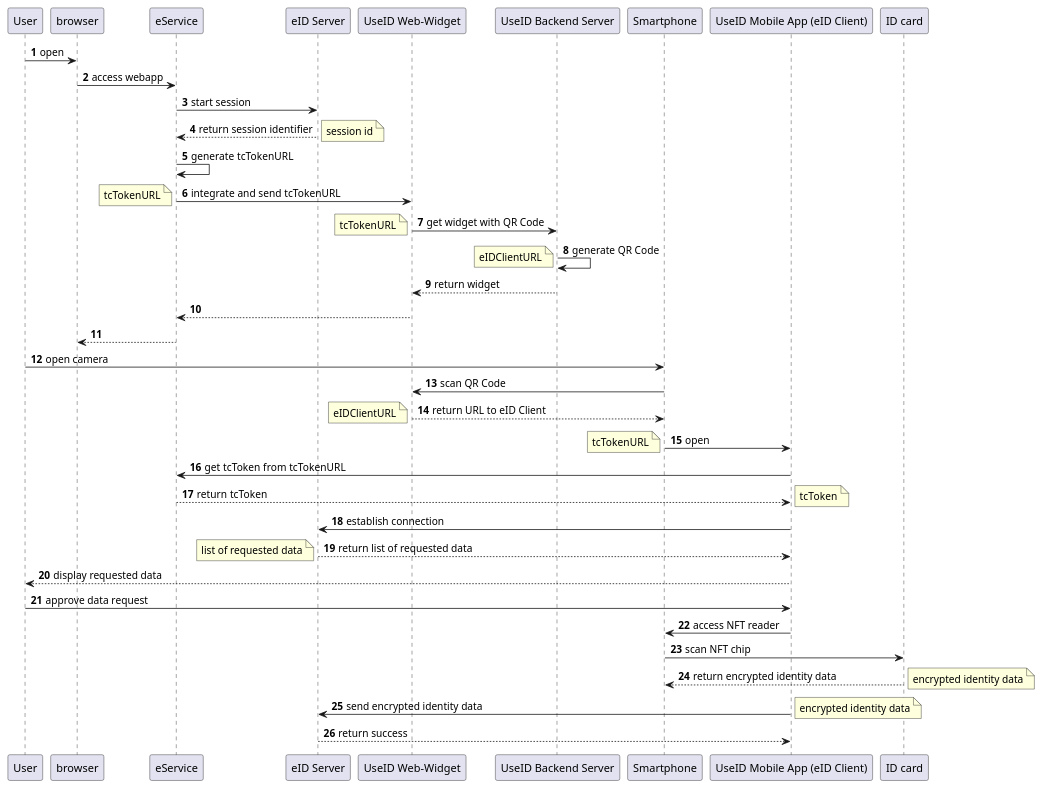
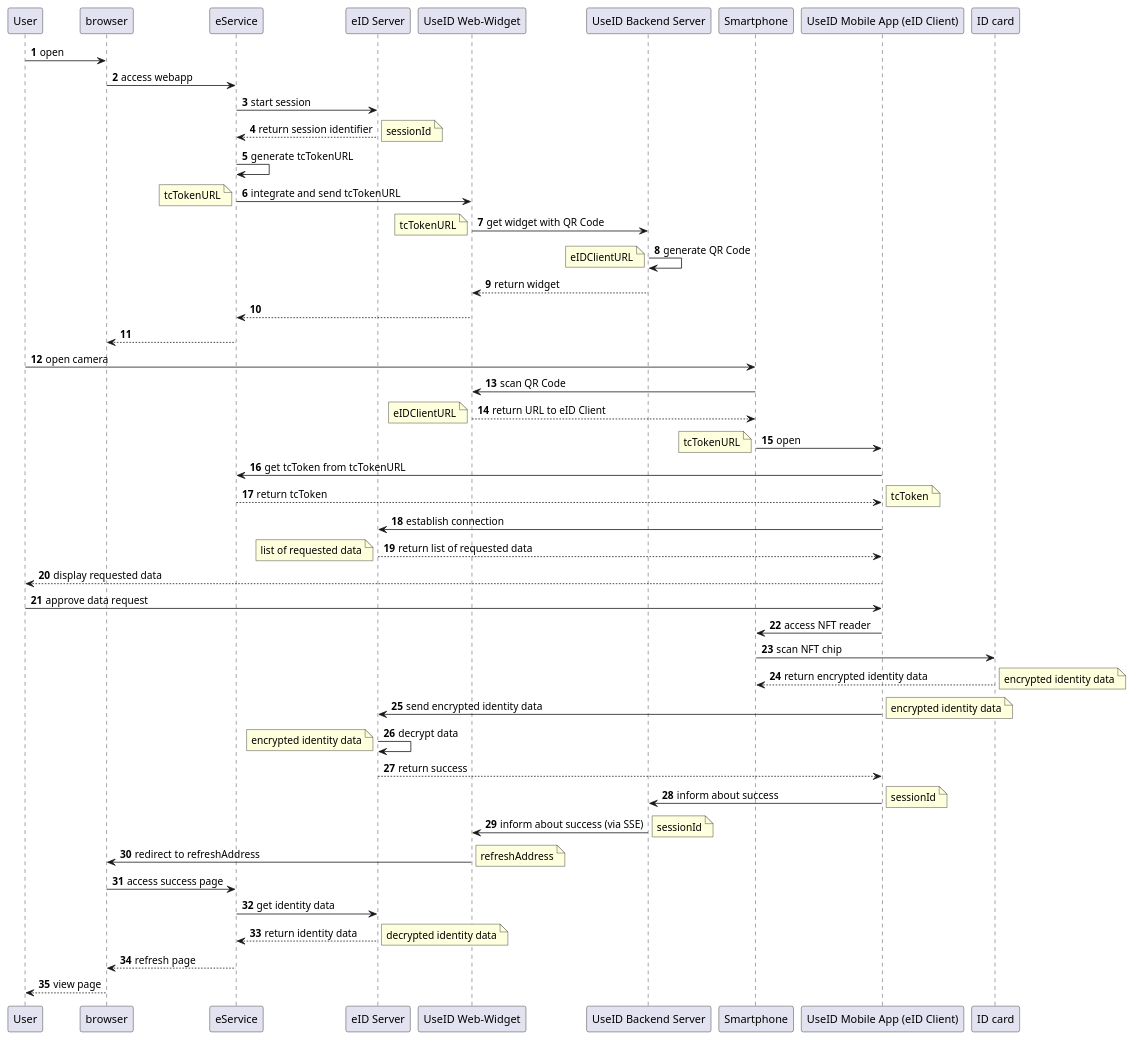
The diagram in doc/eID/eid-flow.puml (digitalservice4germany/useid-architecture), drawn with PlantUML before and after one commit.

Commit message:
Finish first draft of sequence diagram

```diff
--- a/doc/eID/eid-flow.puml
+++ b/doc/eID/eid-flow.puml
@@ -1,44 +1,57 @@
 @startuml
 'https://plantuml.com/sequence-diagram
 
 autonumber
 
 user as "User" ->browser: open
 browser as "Browser" -> eService: access webapp
 eService -> server as "eID Server": start session
 eService <-- server: return session identifier
-note right: session id
+note right: sessionId
 eService -> eService: generate tcTokenURL
 eService -> widget as "UseID Web-Widget": integrate and send tcTokenURL
 note left: tcTokenURL
 widget -> backend as "UseID Backend Server": get widget with QR Code
 note left: tcTokenURL
 backend -> backend: generate QR Code
 note left: eIDClientURL
 widget <-- backend: return widget
 eService <-- widget:
 browser <-- eService:
 user -> smartphone as "Smartphone": open camera
 smartphone -> widget: scan QR Code
 smartphone <-- widget: return URL to eID Client
 note left: eIDClientURL
 smartphone -> app as "UseID Mobile App (eID Client)": open
 note left: tcTokenURL
 app -> eService: get tcToken from tcTokenURL
 app <-- eService: return tcToken
 note right: tcToken
 app -> server: establish connection
 app <-- server: return list of requested data
 note left: list of requested data
 user <-- app: display requested data
 user -> app: approve data request
 app -> smartphone: access NFT reader
 smartphone -> id as "ID card": scan NFT chip
 smartphone <-- id: return encrypted identity data
 note right: encrypted identity data
 app -> server: send encrypted identity data
 note right: encrypted identity data
+server -> server: decrypt data
+note left: encrypted identity data
 app <-- server: return success
-
+app -> backend: inform about success
+note right: sessionId
+backend -> widget: inform about success (via SSE)
+note right: sessionId
+widget -> browser: redirect to refreshAddress
+note right: refreshAddress
+browser -> eService: access success page
+eService -> server: get identity data
+eService <-- server: return identity data
+note right: decrypted identity data
+eService --> browser: refresh page
+browser --> user: view page
 
 @enduml
```
